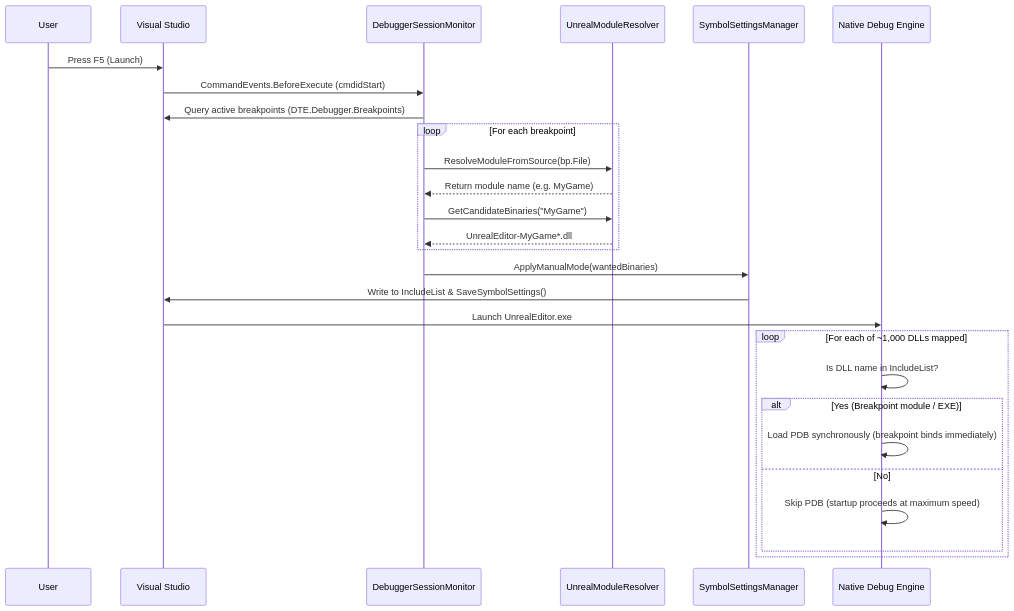
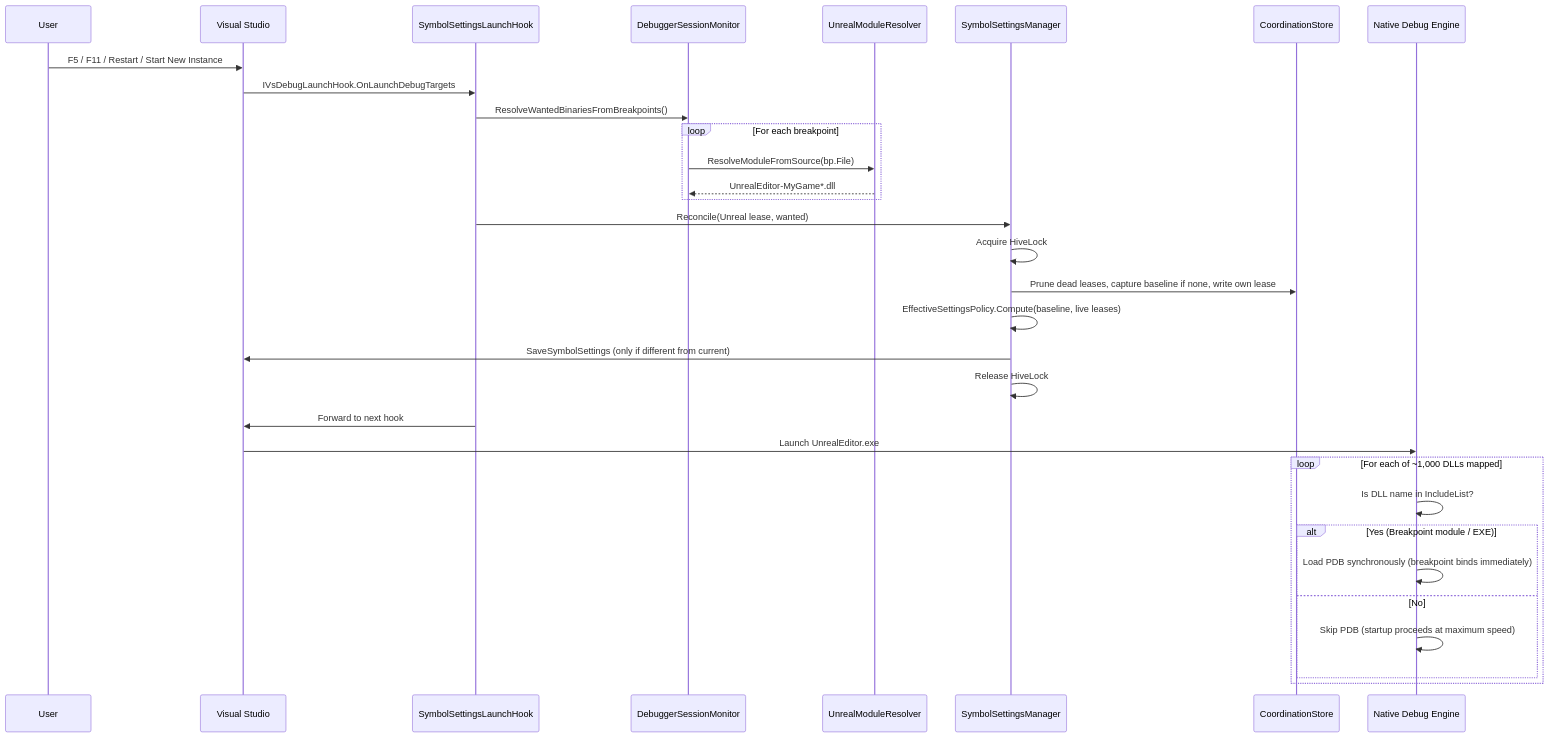
Before and after one commit to mattshepcar/VSOnDemandSymbols: the second of 6 diagrams in docs/ARCHITECTURE.md, drawn with Mermaid. The commit also changed other lines of this file and 5 other files, not shown here.

Commit message:
docs: document multi-instance coordination (ADR-15, ADR-16) and add implementation plan

````diff
--- a/docs/ARCHITECTURE.md
+++ b/docs/ARCHITECTURE.md
@@ -121,30 +136,35 @@
 ```mermaid
 sequenceDiagram
     participant User
     participant VS as Visual Studio
+    participant Hook as SymbolSettingsLaunchHook
     participant DSM as DebuggerSessionMonitor
     participant UMR as UnrealModuleResolver
     participant SSM as SymbolSettingsManager
+    participant Store as CoordinationStore
     participant Dbg as Native Debug Engine
 
-    User->>VS: Press F5 (Launch)
-    VS->>DSM: CommandEvents.BeforeExecute (cmdidStart)
-    DSM->>VS: Query active breakpoints (DTE.Debugger.Breakpoints)
+    User->>VS: F5 / F11 / Restart / Start New Instance
+    VS->>Hook: IVsDebugLaunchHook.OnLaunchDebugTargets
+    Hook->>DSM: ResolveWantedBinariesFromBreakpoints()
     loop For each breakpoint
         DSM->>UMR: ResolveModuleFromSource(bp.File)
-        UMR-->>DSM: Return module name (e.g. MyGame)
-        DSM->>UMR: GetCandidateBinaries("MyGame")
         UMR-->>DSM: UnrealEditor-MyGame*.dll
     end
-    DSM->>SSM: ApplyManualMode(wantedBinaries)
-    SSM->>VS: Write to IncludeList & SaveSymbolSettings()
+    Hook->>SSM: Reconcile(Unreal lease, wanted)
+    SSM->>SSM: Acquire HiveLock
+    SSM->>Store: Prune dead leases, capture baseline if none, write own lease
+    SSM->>SSM: EffectiveSettingsPolicy.Compute(baseline, live leases)
+    SSM->>VS: SaveSymbolSettings (only if different from current)
+    SSM->>SSM: Release HiveLock
+    Hook->>VS: Forward to next hook
     VS->>Dbg: Launch UnrealEditor.exe
     loop For each of ~1,000 DLLs mapped
         Dbg->>Dbg: Is DLL name in IncludeList?
         alt Yes (Breakpoint module / EXE)
             Dbg->>Dbg: Load PDB synchronously (breakpoint binds immediately)
         else No
             Dbg->>Dbg: Skip PDB (startup proceeds at maximum speed)
         end
     end
 ```
````
